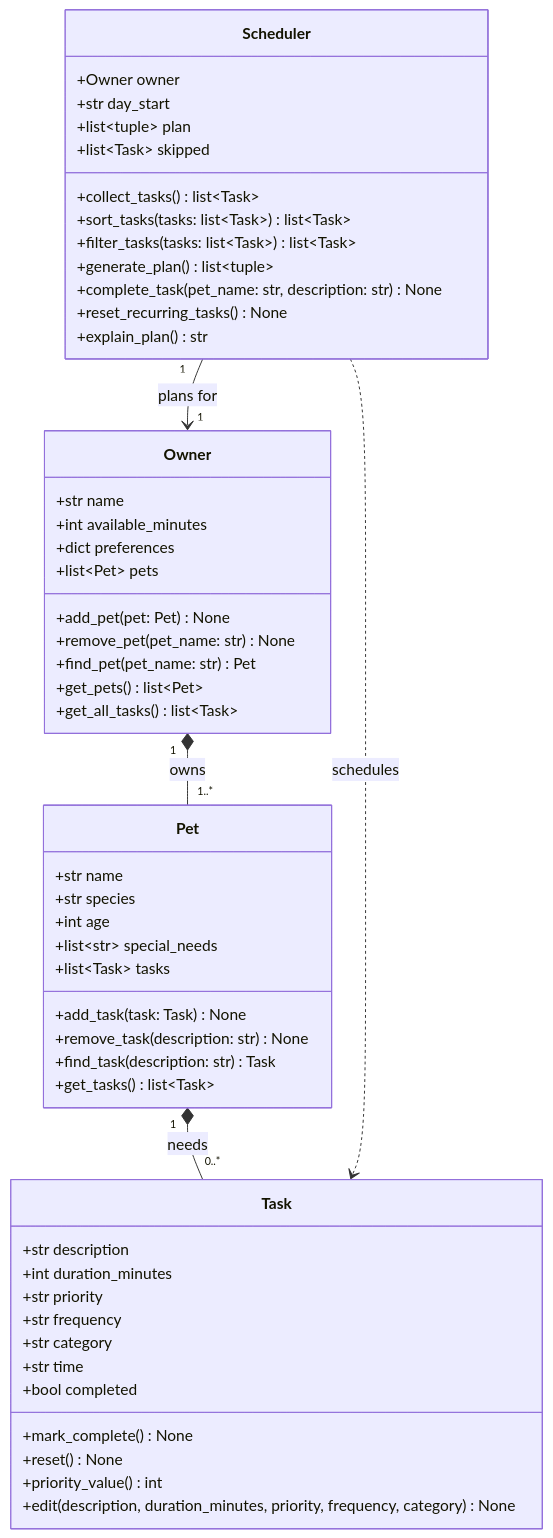
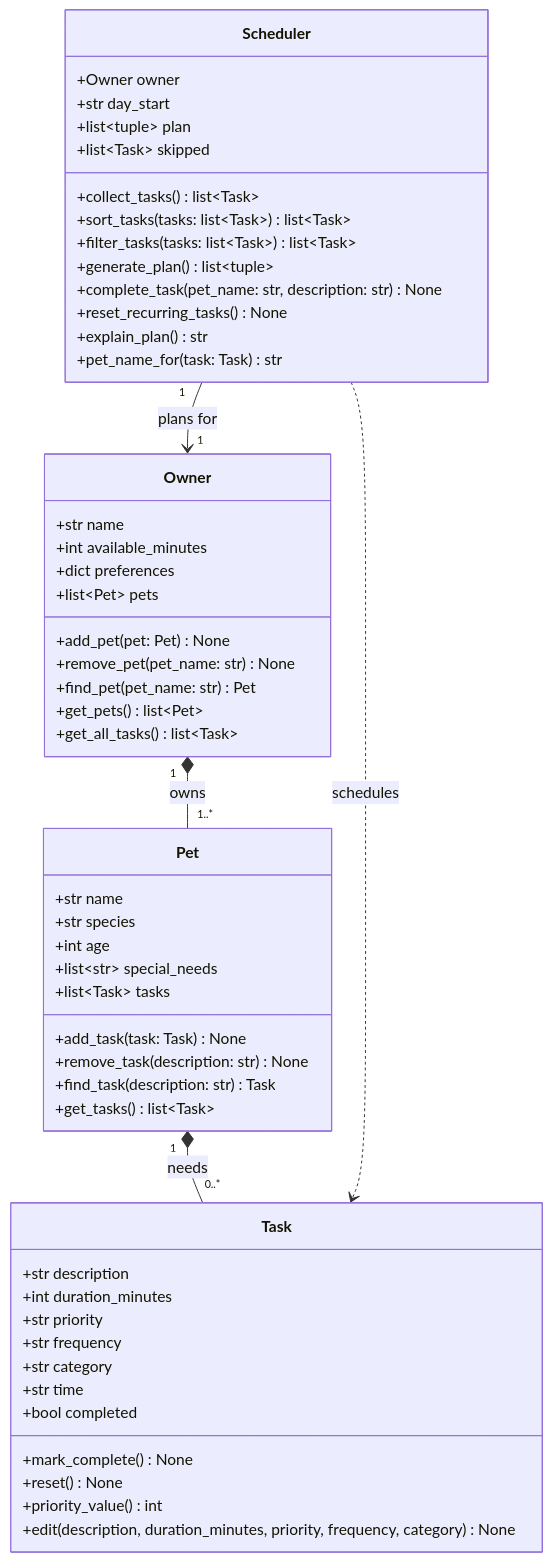
One commit to Davaneyp/ai110-module2show-pawpal-starter changed the diagram in diagrams/uml.mmd. Above: the diagram before and after it, drawn with Mermaid. The commit also changed 2 other files, not shown here.

Commit message:
Implement pet management and task scheduling features in PawPal+

```diff
--- a/diagrams/uml.mmd
+++ b/diagrams/uml.mmd
@@ -1,59 +1,60 @@
 classDiagram
     %% Keep this file updated so it matches your final implementation.
 
     class Owner {
         +str name
         +int available_minutes
         +dict preferences
         +list~Pet~ pets
         +add_pet(pet: Pet) None
         +remove_pet(pet_name: str) None
         +find_pet(pet_name: str) Pet
         +get_pets() list~Pet~
         +get_all_tasks() list~Task~
     }
 
     class Pet {
         +str name
         +str species
         +int age
         +list~str~ special_needs
         +list~Task~ tasks
         +add_task(task: Task) None
         +remove_task(description: str) None
         +find_task(description: str) Task
         +get_tasks() list~Task~
     }
 
     class Task {
         +str description
         +int duration_minutes
         +str priority
         +str frequency
         +str category
         +str time
         +bool completed
         +mark_complete() None
         +reset() None
         +priority_value() int
         +edit(description, duration_minutes, priority, frequency, category) None
     }
 
     class Scheduler {
         +Owner owner
         +str day_start
         +list~tuple~ plan
         +list~Task~ skipped
         +collect_tasks() list~Task~
         +sort_tasks(tasks: list~Task~) list~Task~
         +filter_tasks(tasks: list~Task~) list~Task~
         +generate_plan() list~tuple~
         +complete_task(pet_name: str, description: str) None
         +reset_recurring_tasks() None
         +explain_plan() str
+        +pet_name_for(task: Task) str
     }
 
     Owner "1" *-- "1..*" Pet : owns
     Pet "1" *-- "0..*" Task : needs
     Scheduler "1" --> "1" Owner : plans for
     Scheduler ..> Task : schedules
```
